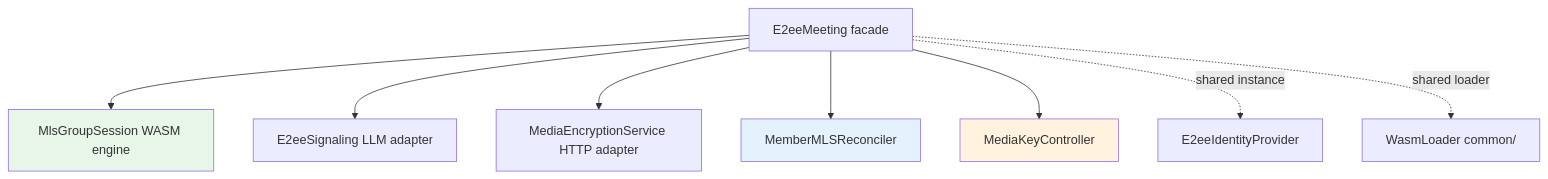
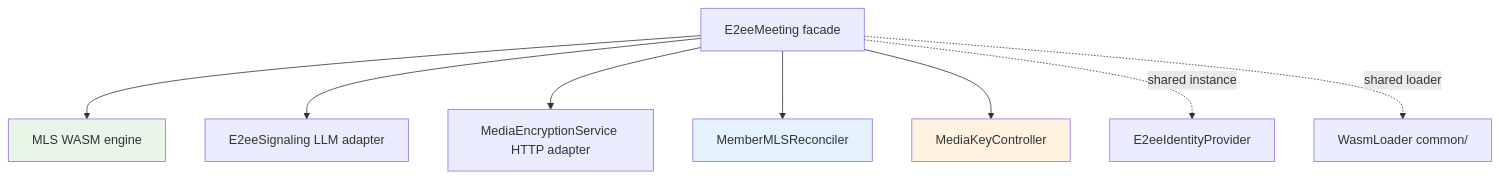
The second of 3 diagrams in packages/@webex/plugin-meetings/src/e2ee/DESIGN.md (webex/webex-js-sdk), drawn with Mermaid before and after one commit. The commit also changed other lines of this file and 5 other files, not shown here.

Commit message:
refactor: name MLS session MLS

````diff
--- a/packages/@webex/plugin-meetings/src/e2ee/DESIGN.md
+++ b/packages/@webex/plugin-meetings/src/e2ee/DESIGN.md
@@ -120,14 +120,14 @@
 ```mermaid
 graph TD
-    E2eeMeeting[E2eeMeeting facade] --> MLS[MlsGroupSession WASM engine]
+    E2eeMeeting[E2eeMeeting facade] --> MLS[MLS WASM engine]
     E2eeMeeting --> Sig[E2eeSignaling LLM adapter]
     E2eeMeeting --> Svc[MediaEncryptionService HTTP adapter]
     E2eeMeeting --> Recon[MemberMLSReconciler]
     E2eeMeeting --> MediaCtl[MediaKeyController]
     E2eeMeeting -.->|shared instance| Ident[E2eeIdentityProvider]
     E2eeMeeting -.->|shared loader| WasmLoader[WasmLoader common/]
 
     style MLS fill:#e8f5e9
     style Recon fill:#e3f2fd
     style MediaCtl fill:#fff3e0
 ```
````
